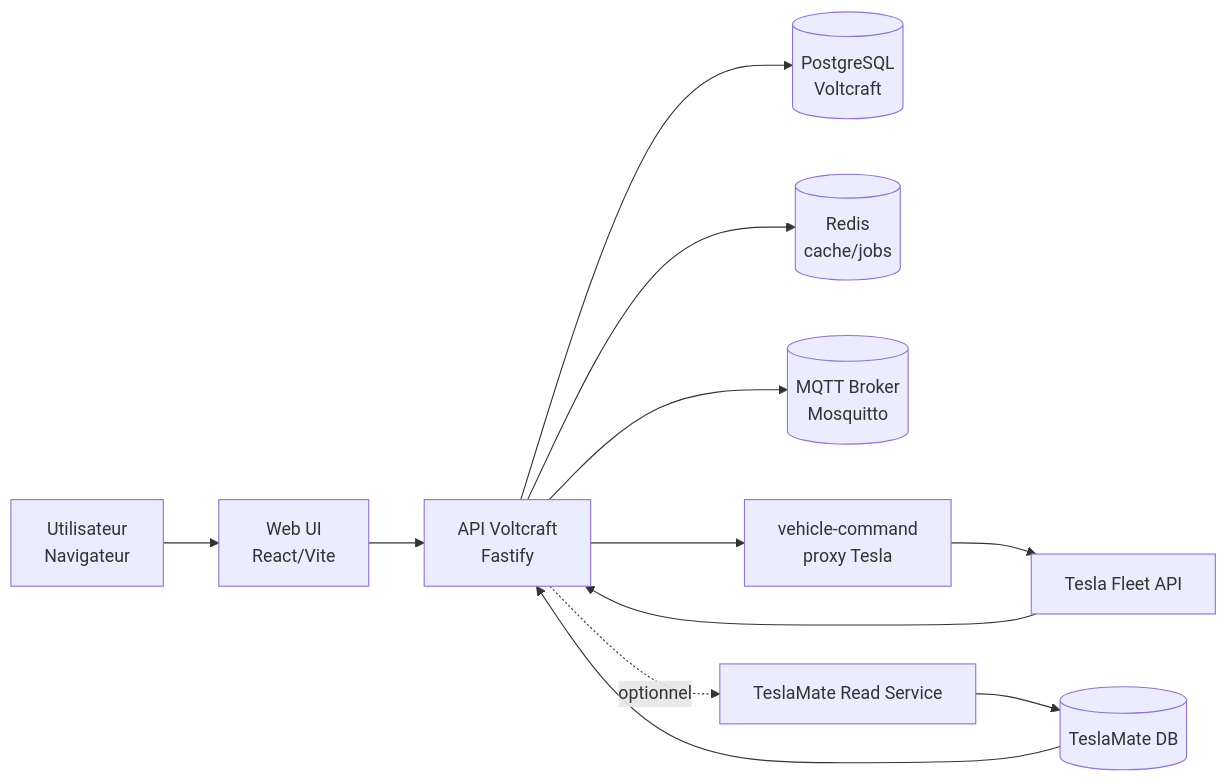
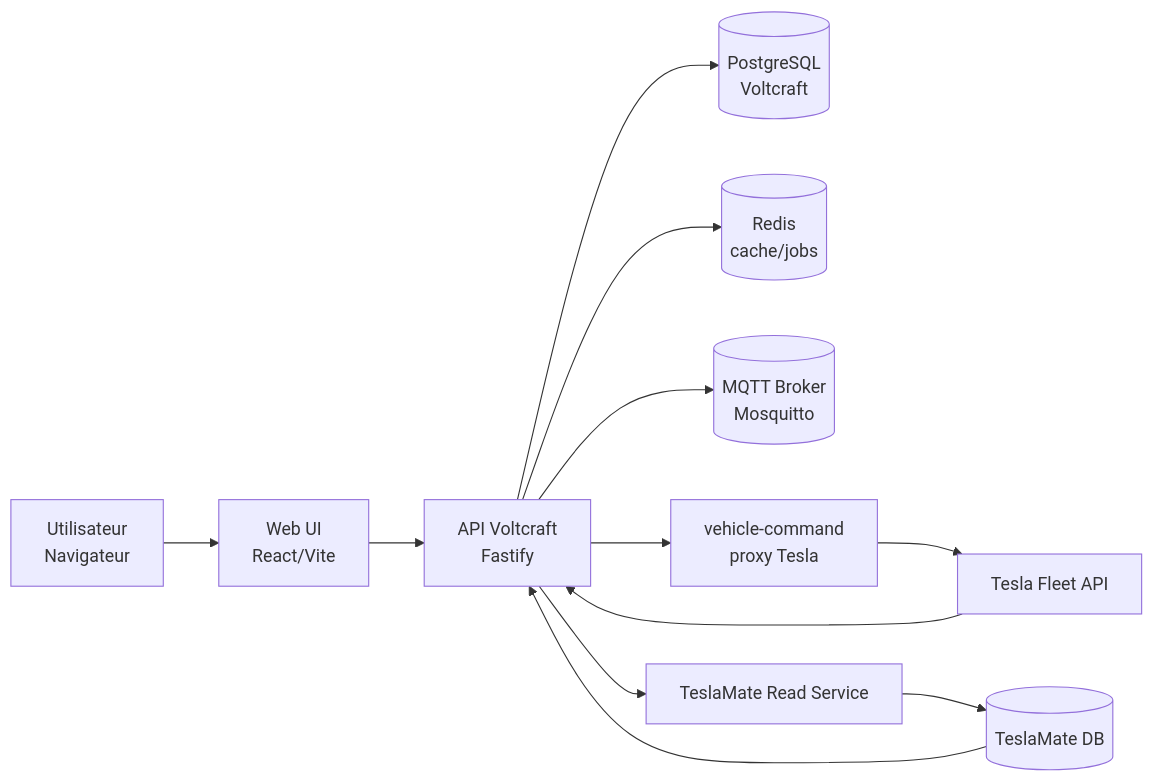
One commit to prophane/voltcraft changed the diagram in README.md. Above: the diagram before and after it, drawn with Mermaid. The commit also changed other lines of this file and 11 other files, not shown here.

Commit message:
feat(core): make TeslaMate mandatory for telemetry reads

````diff
--- a/README.md
+++ b/README.md
@@ -30,18 +30,18 @@
 ```mermaid
 flowchart LR
 	U[Utilisateur<br/>Navigateur] --> W[Web UI<br/>React/Vite]
 	W --> A[API Voltcraft<br/>Fastify]
 
 	A --> P[(PostgreSQL<br/>Voltcraft)]
 	A --> R[(Redis<br/>cache/jobs)]
 	A --> M[(MQTT Broker<br/>Mosquitto)]
 
 	A --> VC[vehicle-command<br/>proxy Tesla]
 	VC --> TF[Tesla Fleet API]
 
-	A -. optionnel .-> TM[TeslaMate Read Service]
+	A --> TM[TeslaMate Read Service]
 	TM --> TDB[(TeslaMate DB)]
 
 	TF --> A
 	TDB --> A
 ```
````
